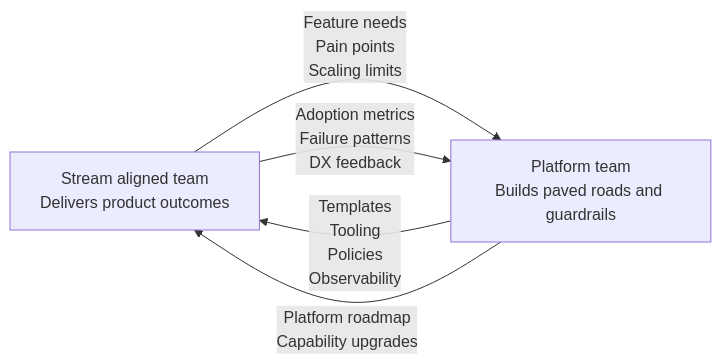
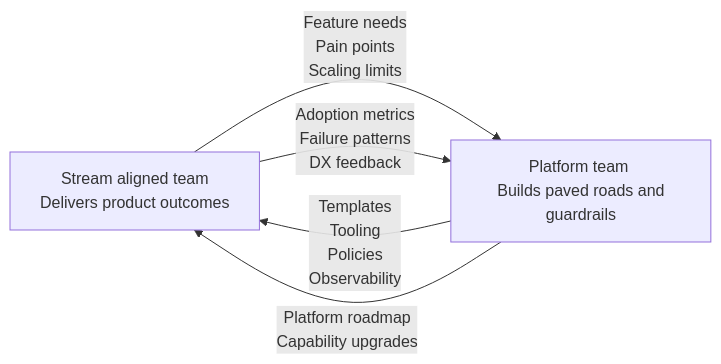
One commit to awsvkvims/ai-assisted-agile-delivery-playbook changed the third of 3 diagrams in ARCHITECTURE-AT-A-GLANCE.md. Above: the diagram before and after it, drawn with Mermaid. The commit also changed other lines of this file and 1 other file, not shown here.

Commit message:
refactor: updated architecture at a glance for newlines

````diff
--- a/ARCHITECTURE-AT-A-GLANCE.md
+++ b/ARCHITECTURE-AT-A-GLANCE.md
@@ -90,12 +90,12 @@
 ``` mermaid
 flowchart LR
 
-  SA[Stream aligned team\nDelivers product outcomes]
-  PT[Platform team\nBuilds paved roads and guardrails]
+  SA[Stream aligned team <br/> Delivers product outcomes]
+  PT[Platform team <br/> Builds paved roads and guardrails]
 
-  SA -->|Feature needs\nPain points\nScaling limits| PT
-  PT -->|Templates\nTooling\nPolicies\nObservability| SA
+  SA -->|Feature needs <br/> Pain points <br/> Scaling limits| PT
+  PT -->|Templates <br/> Tooling<br>Policies <br/> Observability| SA
 
-  SA -->|Adoption metrics\nFailure patterns\nDX feedback| PT
-  PT -->|Platform roadmap\nCapability upgrades| SA
+  SA -->|Adoption metrics <br/> Failure patterns <br/> DX feedback| PT
+  PT -->|Platform roadmap <br/> Capability upgrades| SA
 ```
````
